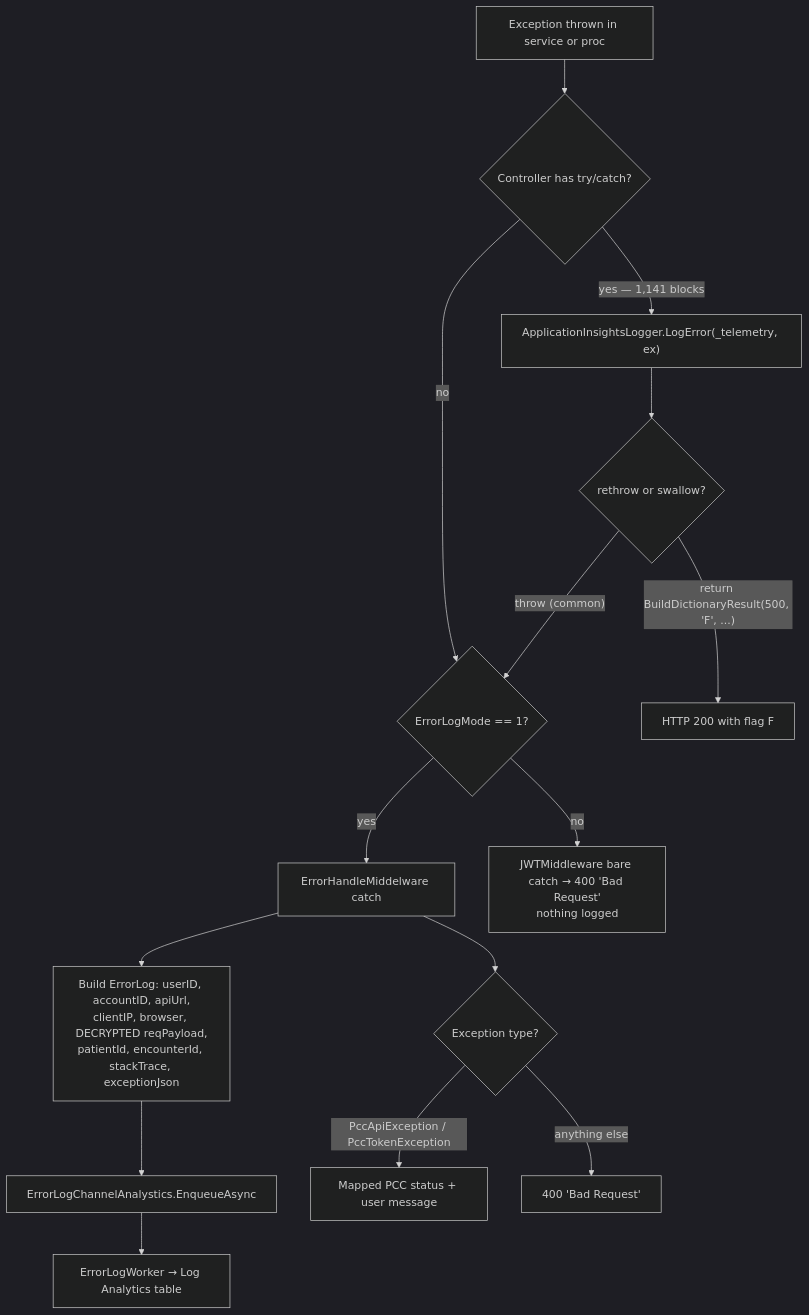
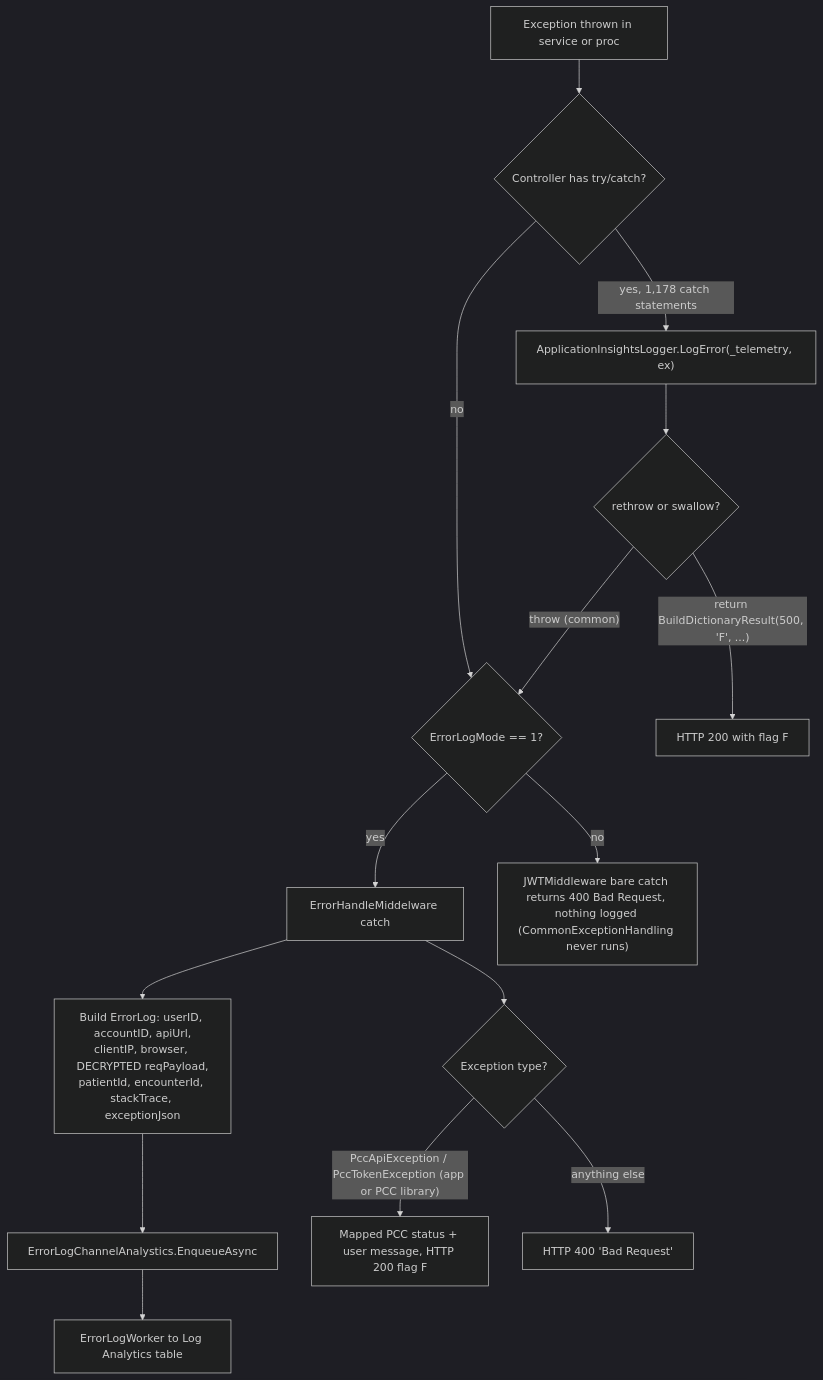
Before and after one commit to hemsingh-3PG/sai-systems-AIRE: the second of 4 diagrams in docs/architecture-diagrams/02-api-request-data-spine-deep-dive-diagrams.md, drawn with Mermaid (dark theme). The commit also changed other lines of this file and 285 other files, not shown here.

````diff
--- a/docs/architecture-diagrams/02-api-request-data-spine-deep-dive-diagrams.md
+++ b/docs/architecture-diagrams/02-api-request-data-spine-deep-dive-diagrams.md
@@ -54,17 +47,17 @@
 ```mermaid
 flowchart TB
   A["Exception thrown in service or proc"] --> B{"Controller has try/catch?"}
-  B -->|"yes — 1,141 blocks"| C["ApplicationInsightsLogger.LogError(_telemetry, ex)"]
+  B -->|"yes, 1,178 catch statements"| C["ApplicationInsightsLogger.LogError(_telemetry, ex)"]
   C --> D{"rethrow or swallow?"}
   D -->|"throw (common)"| E{"ErrorLogMode == 1?"}
   D -->|"return BuildDictionaryResult(500, 'F', ...)"| F["HTTP 200 with flag F"]
   B -->|no| E
   E -->|yes| G["ErrorHandleMiddelware catch"]
-  E -->|no| H["JWTMiddleware bare catch → 400 'Bad Request'<br/>nothing logged"]
+  E -->|no| H["JWTMiddleware bare catch returns 400 Bad Request, nothing logged (CommonExceptionHandling never runs)"]
   G --> I["Build ErrorLog: userID, accountID, apiUrl,<br/>clientIP, browser, DECRYPTED reqPayload,<br/>patientId, encounterId, stackTrace, exceptionJson"]
   I --> J["ErrorLogChannelAnalystics.EnqueueAsync"]
-  J --> K["ErrorLogWorker → Log Analytics table"]
+  J --> K["ErrorLogWorker to Log Analytics table"]
   G --> L{"Exception type?"}
-  L -->|"PccApiException / PccTokenException"| M["Mapped PCC status + user message"]
-  L -->|anything else| N["400 'Bad Request'"]
+  L -->|"PccApiException / PccTokenException (app or PCC library)"| M["Mapped PCC status + user message, HTTP 200 flag F"]
+  L -->|anything else| N["HTTP 400 'Bad Request'"]
 ```
````
